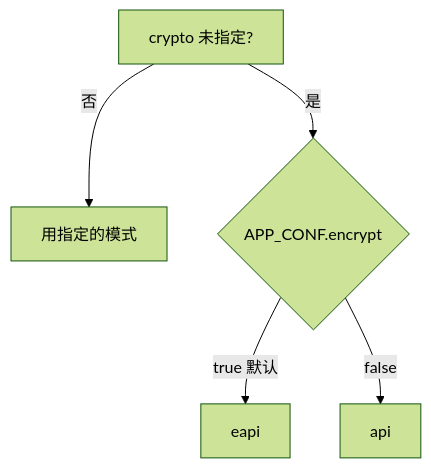
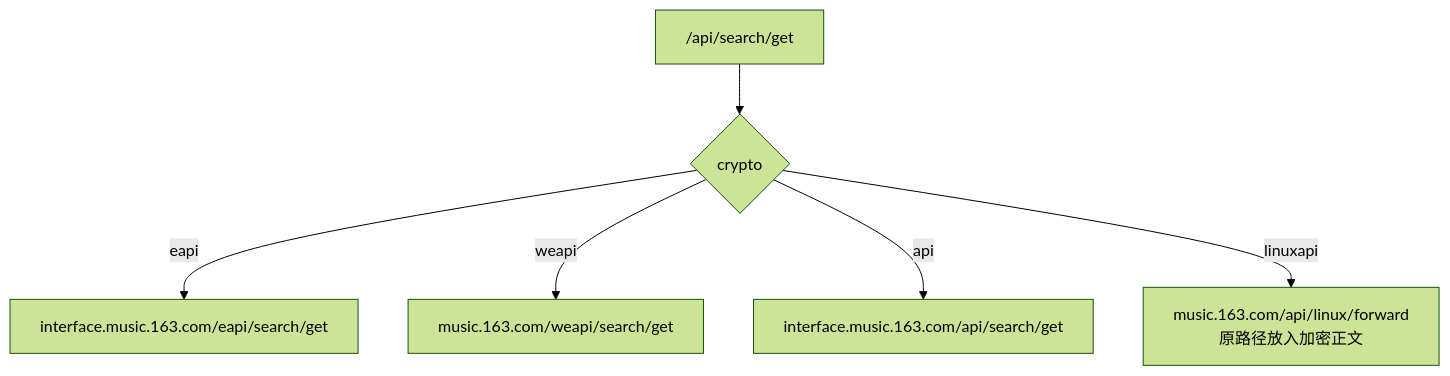
Before and after one commit to nonhana/hana-music-api: the first of 2 diagrams in docs/guide/crypto-modes.md, drawn with Mermaid (forest theme). The commit also changed other lines of this file and 1275 other files, not shown here.

````diff
--- a/docs/guide/crypto-modes.md
+++ b/docs/guide/crypto-modes.md
@@ -22,7 +26,8 @@
 ```mermaid
 flowchart TD
-  A["crypto 未指定?"] -->|否| B["用指定的模式"]
-  A -->|是| C{"APP_CONF.encrypt"}
-  C -->|true 默认| D["eapi"]
-  C -->|false| E["api"]
+  PATH["/api/search/get"] --> MODE{"crypto"}
+  MODE -->|eapi| EAPI["interface.music.163.com/eapi/search/get"]
+  MODE -->|weapi| WEAPI["music.163.com/weapi/search/get"]
+  MODE -->|api| API["interface.music.163.com/api/search/get"]
+  MODE -->|linuxapi| LINUX["music.163.com/api/linux/forward<br/>原路径放入加密正文"]
 ```
````
